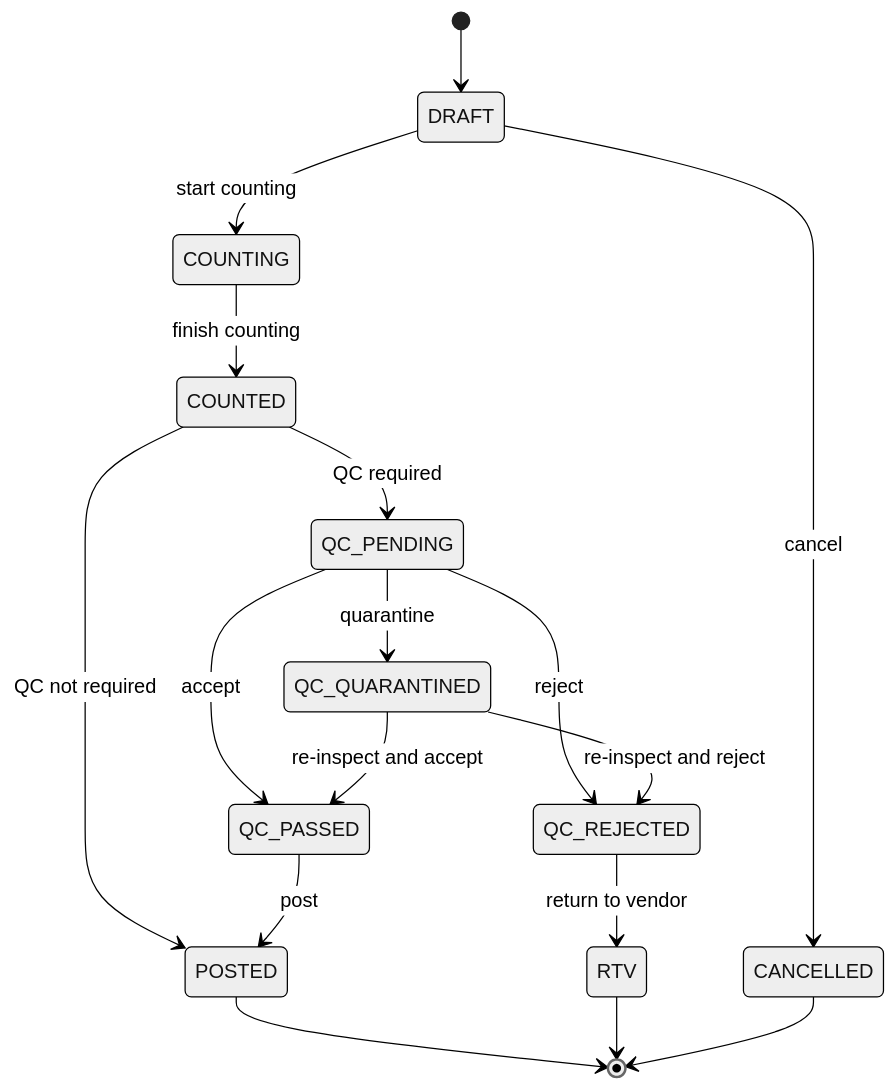
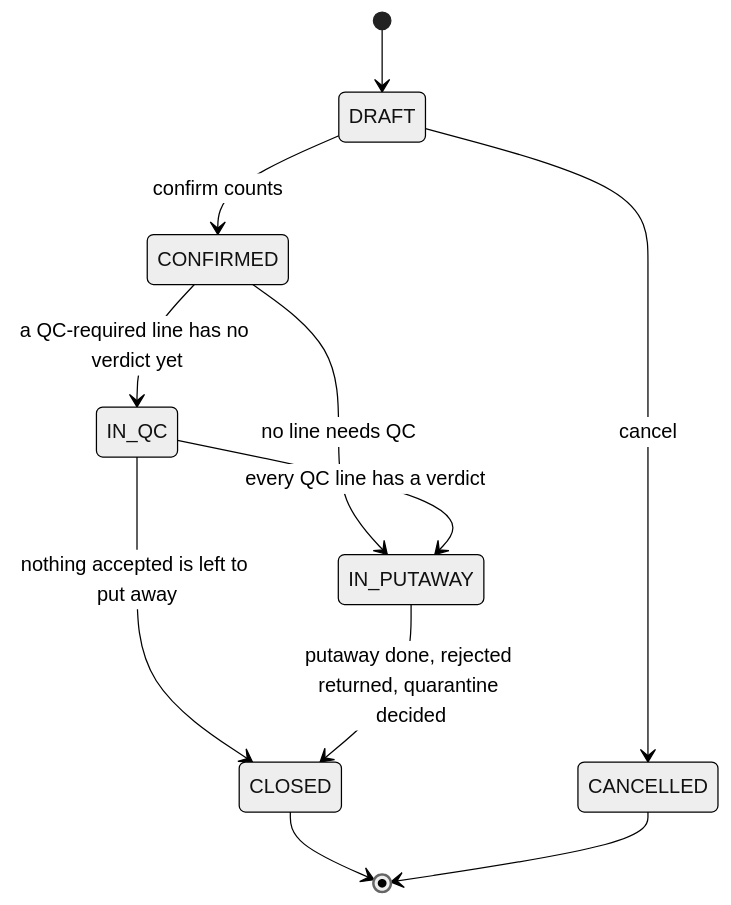
The third of 17 diagrams in docs/business-design/03-state-machines.md (KLTN-FA26/be-backoffice-stockflow-commerce), drawn with Mermaid (neutral theme) before and after one commit. The commit also changed other lines of this file and 5 other files, not shown here.

First line of the commit message:
feat(db): schema for the 2-step / 3-step receiving flow with a QC area

````diff
--- a/docs/business-design/03-state-machines.md
+++ b/docs/business-design/03-state-machines.md
@@ -96,19 +103,13 @@
 ```mermaid
 stateDiagram-v2
     [*] --> DRAFT
-    DRAFT --> COUNTING: start counting
-    COUNTING --> COUNTED: finish counting
-    COUNTED --> QC_PENDING: QC required
-    COUNTED --> POSTED: QC not required
-    QC_PENDING --> QC_PASSED: accept
-    QC_PENDING --> QC_QUARANTINED: quarantine
-    QC_PENDING --> QC_REJECTED: reject
-    QC_PASSED --> POSTED: post
-    QC_QUARANTINED --> QC_PASSED: re-inspect and accept
-    QC_QUARANTINED --> QC_REJECTED: re-inspect and reject
-    QC_REJECTED --> RTV: return to vendor
-    POSTED --> [*]
-    RTV --> [*]
+    DRAFT --> CONFIRMED: confirm counts
     DRAFT --> CANCELLED: cancel
+    CONFIRMED --> IN_QC: a QC-required line has no verdict yet
+    CONFIRMED --> IN_PUTAWAY: no line needs QC
+    IN_QC --> IN_PUTAWAY: every QC line has a verdict
+    IN_QC --> CLOSED: nothing accepted is left to put away
+    IN_PUTAWAY --> CLOSED: putaway done, rejected returned, quarantine decided
+    CLOSED --> [*]
     CANCELLED --> [*]
 ```
````
